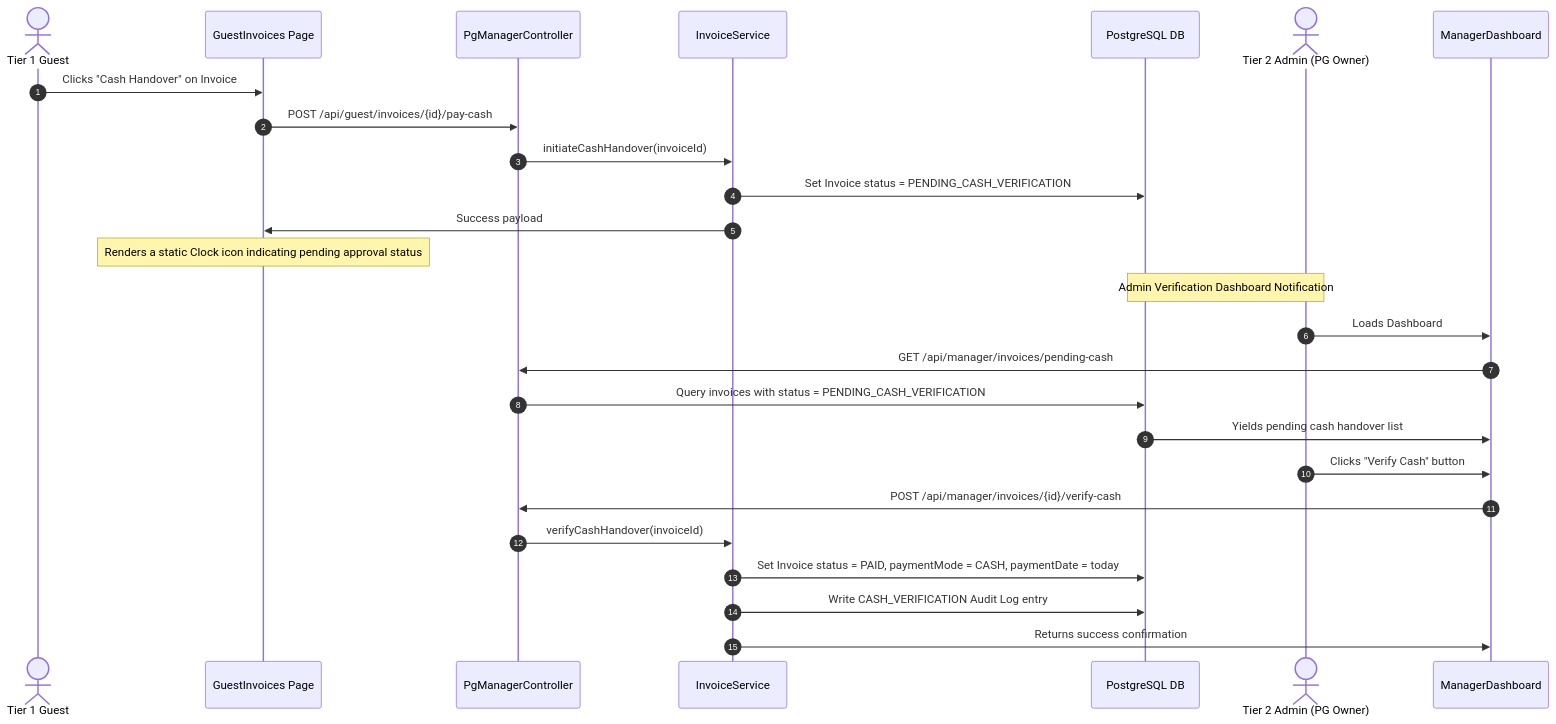
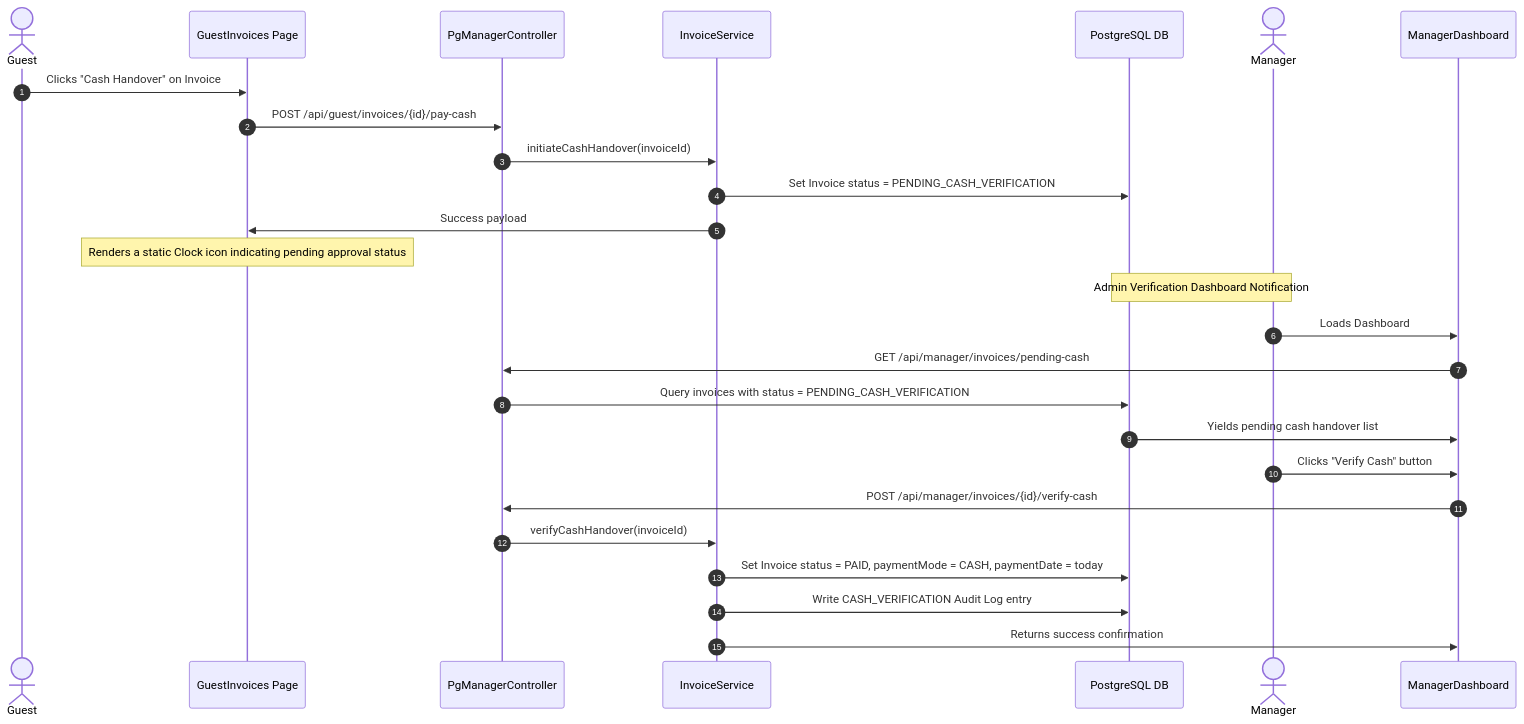
Before and after one commit to rahul-0906/PG-Project: diagram 19 of 21 in docs/WORKFLOWS.md, drawn with Mermaid. The commit also changed other lines of this file and 2 other files, not shown here.

Commit message:
Audit and sync role mappings and boundaries across calculation engine, file architecture, and workflows docs

````diff
--- a/docs/WORKFLOWS.md
+++ b/docs/WORKFLOWS.md
@@ -640,31 +640,31 @@
 ```mermaid
 sequenceDiagram
     autonumber
-    actor Guest as Tier 1 Guest
+    actor Guest as Guest
     participant Portal as GuestInvoices Page
     participant Controller as PgManagerController
     participant Service as InvoiceService
     participant DB as PostgreSQL DB
-    actor Admin as Tier 2 Admin (PG Owner)
+    actor Admin as Manager
     participant Dashboard as ManagerDashboard
 
     Guest->>Portal: Clicks "Cash Handover" on Invoice
     Portal->>Controller: POST /api/guest/invoices/{id}/pay-cash
     Controller->>Service: initiateCashHandover(invoiceId)
     Service->>DB: Set Invoice status = PENDING_CASH_VERIFICATION
     Service->>Portal: Success payload
     Note over Portal: Renders a static Clock icon indicating pending approval status
 
     Note over Admin, DB: Admin Verification Dashboard Notification
     Admin->>Dashboard: Loads Dashboard
     Dashboard->>Controller: GET /api/manager/invoices/pending-cash
     Controller->>DB: Query invoices with status = PENDING_CASH_VERIFICATION
     DB->>Dashboard: Yields pending cash handover list
     
     Admin->>Dashboard: Clicks "Verify Cash" button
     Dashboard->>Controller: POST /api/manager/invoices/{id}/verify-cash
     Controller->>Service: verifyCashHandover(invoiceId)
     Service->>DB: Set Invoice status = PAID, paymentMode = CASH, paymentDate = today
     Service->>DB: Write CASH_VERIFICATION Audit Log entry
     Service->>Dashboard: Returns success confirmation
 ```
````
